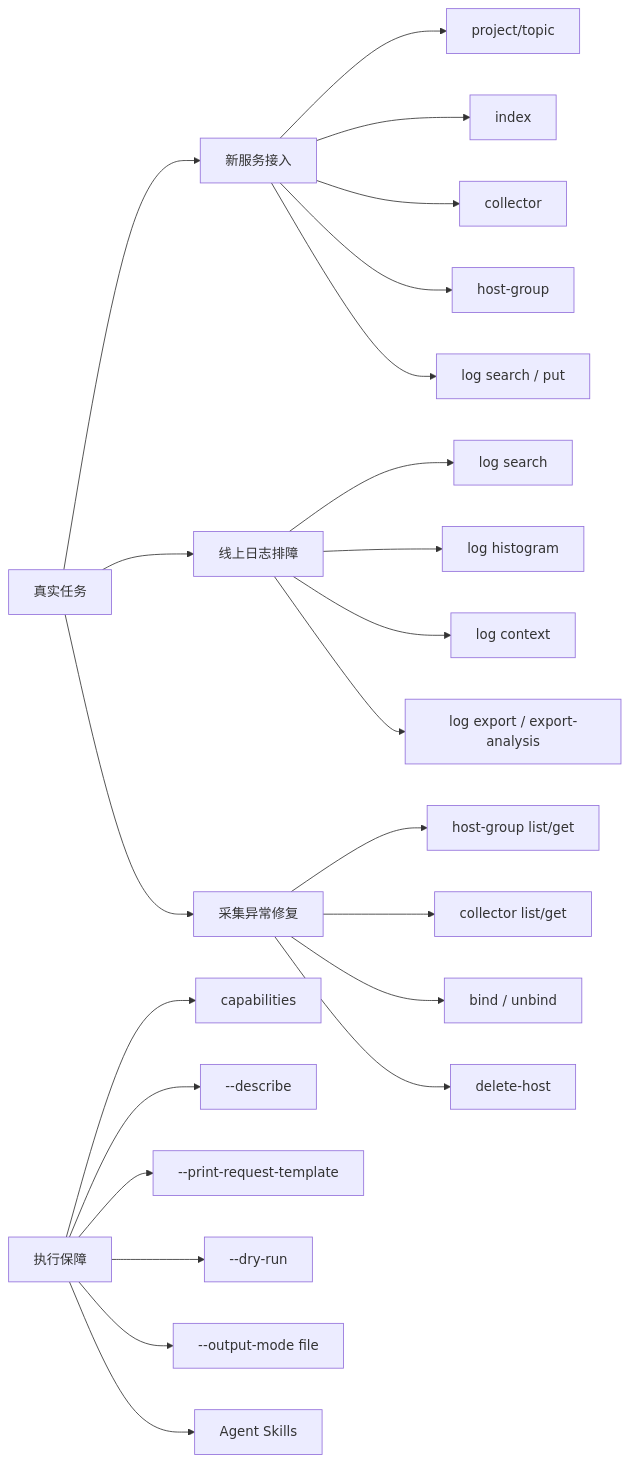
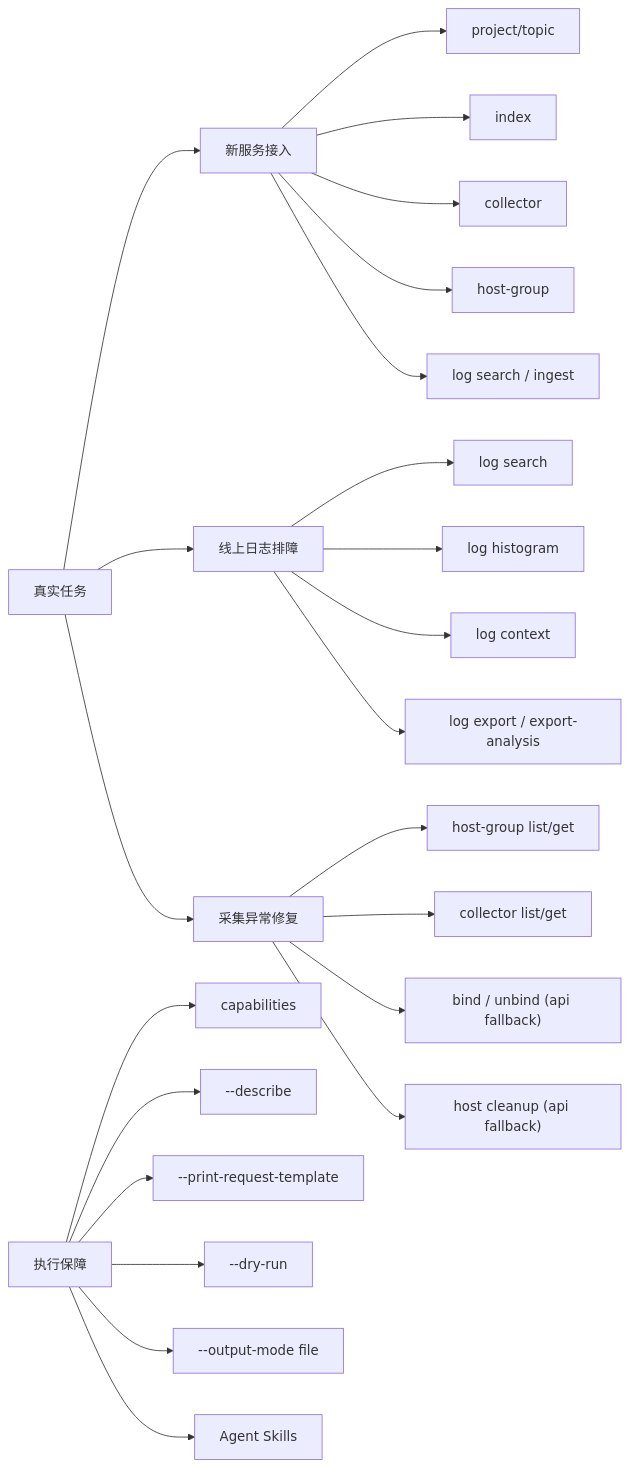
Before and after one commit to volcengine-tls/ve-tls-cli: the diagram in docs/cli-practical-guide.md, drawn with Mermaid. The commit also changed other lines of this file and 45 other files, not shown here.

````diff
--- a/docs/cli-practical-guide.md
+++ b/docs/cli-practical-guide.md
@@ -41,29 +41,29 @@
 ```mermaid
 flowchart LR
     A["真实任务"] --> B["新服务接入"]
     A --> C["线上日志排障"]
     A --> D["采集异常修复"]
 
     B --> B1["project/topic"]
     B --> B2["index"]
     B --> B3["collector"]
     B --> B4["host-group"]
-    B --> B5["log search / put"]
+    B --> B5["log search / ingest"]
 
     C --> C1["log search"]
     C --> C2["log histogram"]
     C --> C3["log context"]
     C --> C4["log export / export-analysis"]
 
     D --> D1["host-group list/get"]
     D --> D2["collector list/get"]
-    D --> D3["bind / unbind"]
-    D --> D4["delete-host"]
+    D --> D3["bind / unbind (api fallback)"]
+    D --> D4["host cleanup (api fallback)"]
 
     E["执行保障"] --> E1["capabilities"]
     E --> E2["--describe"]
     E --> E3["--print-request-template"]
     E --> E4["--dry-run"]
     E --> E5["--output-mode file"]
     E --> E6["Agent Skills"]
 ```
````
